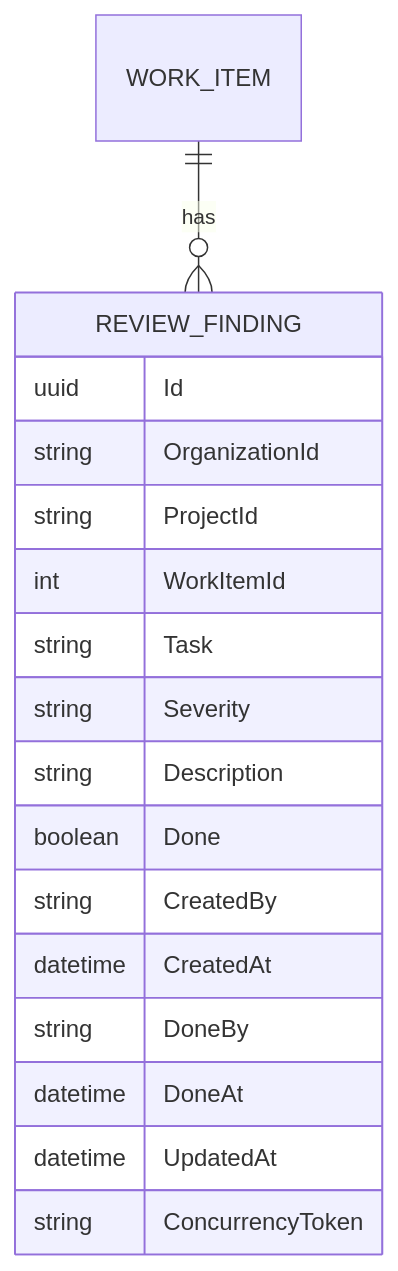
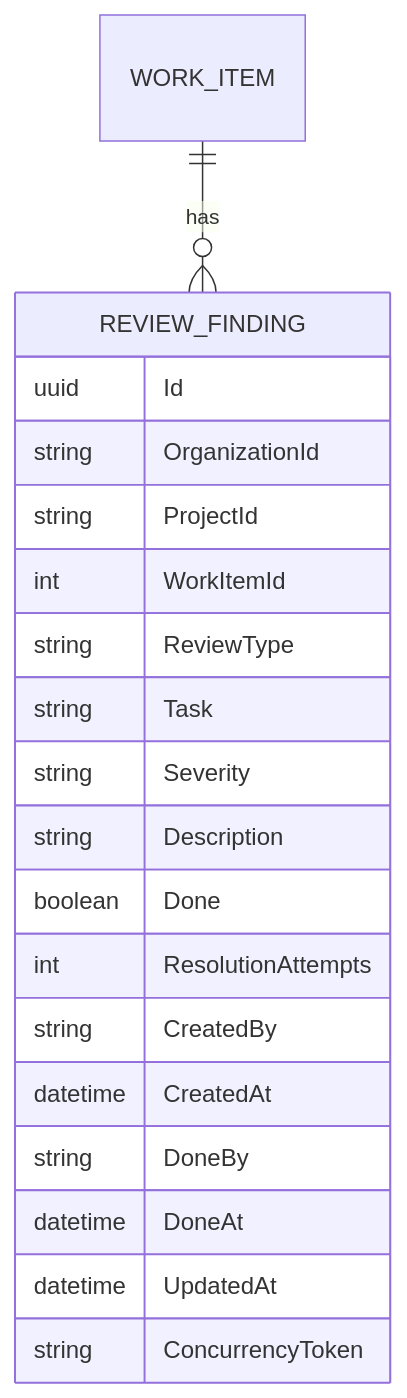
Before and after one commit to Deshanm123/-CodeReviewChecklist-azdevops: the second of 4 diagrams in docs/ARCHITECTURE.md, drawn with Mermaid. The commit also changed other lines of this file and 25 other files, not shown here.

Commit message:
ReviewType addition to codereview

````diff
--- a/docs/ARCHITECTURE.md
+++ b/docs/ARCHITECTURE.md
@@ -102,21 +102,23 @@
 ```mermaid
 erDiagram
     WORK_ITEM ||--o{ REVIEW_FINDING : has
 
     REVIEW_FINDING {
         uuid Id
         string OrganizationId
         string ProjectId
         int WorkItemId
+        string ReviewType
         string Task
         string Severity
         string Description
         boolean Done
+        int ResolutionAttempts
         string CreatedBy
         datetime CreatedAt
         string DoneBy
         datetime DoneAt
         datetime UpdatedAt
         string ConcurrencyToken
     }
 ```
````
